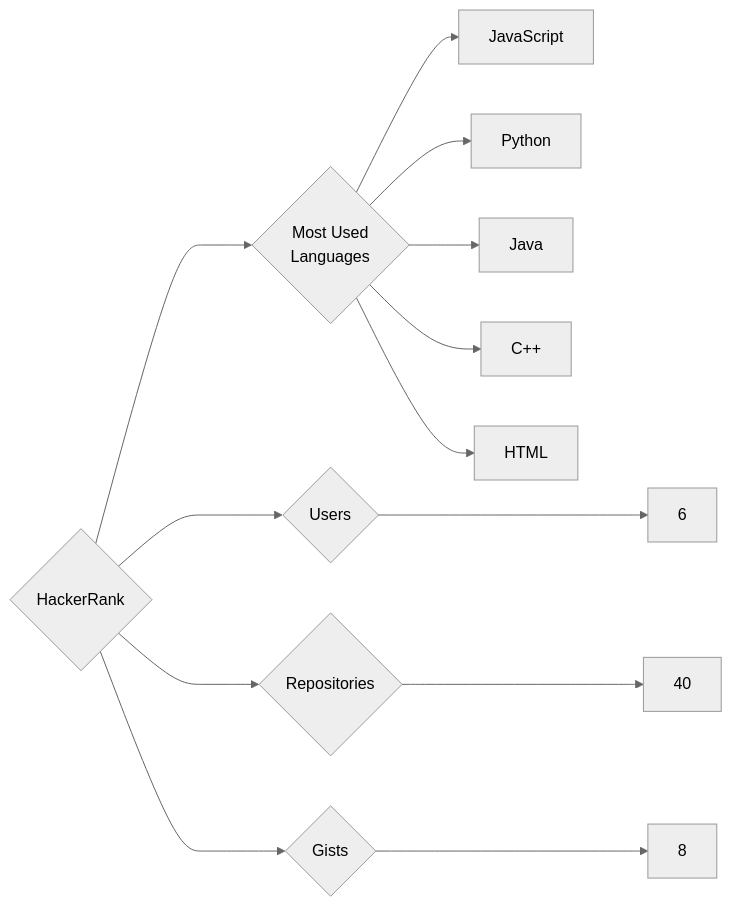
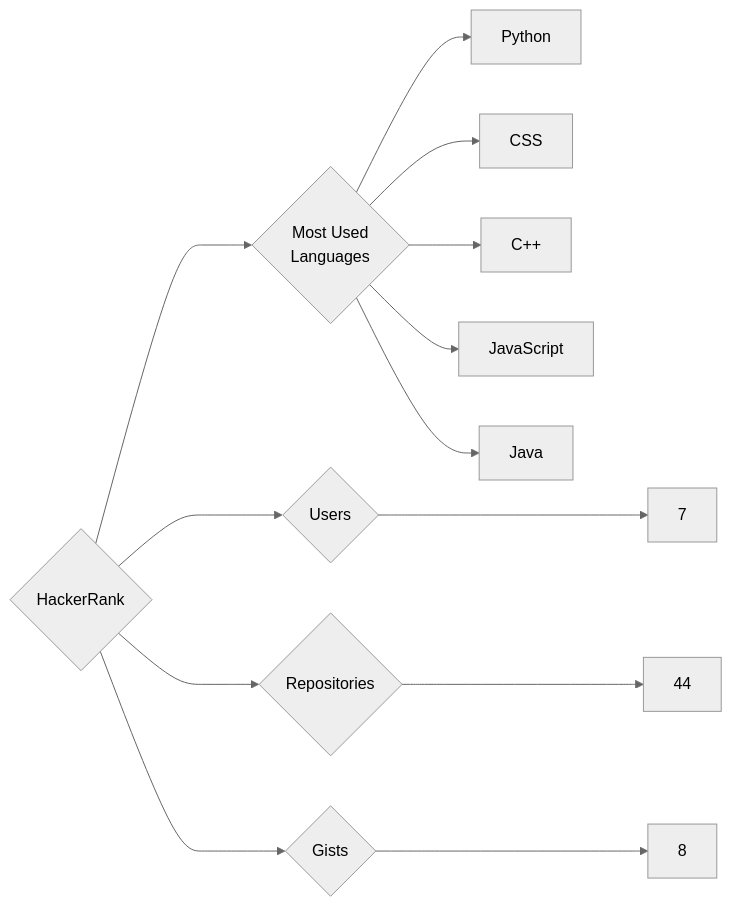
The diagram in targets/HackerRank/README.md (trickest/insiders), drawn with Mermaid (neutral theme) before and after one commit. The commit also changed 736 other files, not shown here.

````diff
--- a/targets/HackerRank/README.md
+++ b/targets/HackerRank/README.md
@@ -3,13 +3,13 @@
 ```mermaid
 graph LR
 COMPANY_NAME{HackerRank}
-COMPANY_NAME ---> U{Users} ---> UN[6]
-COMPANY_NAME ---> R{Repositories} ---> RN[40]
+COMPANY_NAME ---> U{Users} ---> UN[7]
+COMPANY_NAME ---> R{Repositories} ---> RN[44]
 COMPANY_NAME ---> G{Gists} ---> GN[8]
 COMPANY_NAME ---> ML{Most Used<br>Languages}
+ML --> Python[Python]
+ML --> CSS[CSS]
+ML --> C++[C++]
 ML --> JavaScript[JavaScript]
-ML --> Python[Python]
 ML --> Java[Java]
-ML --> C++[C++]
-ML --> HTML[HTML]
 ```
````
